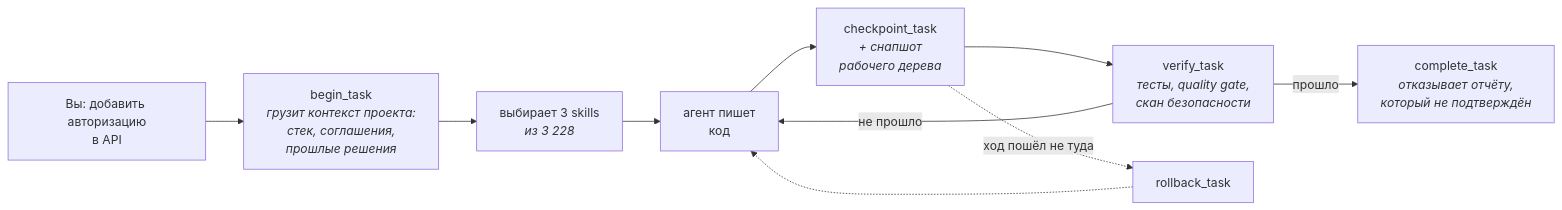
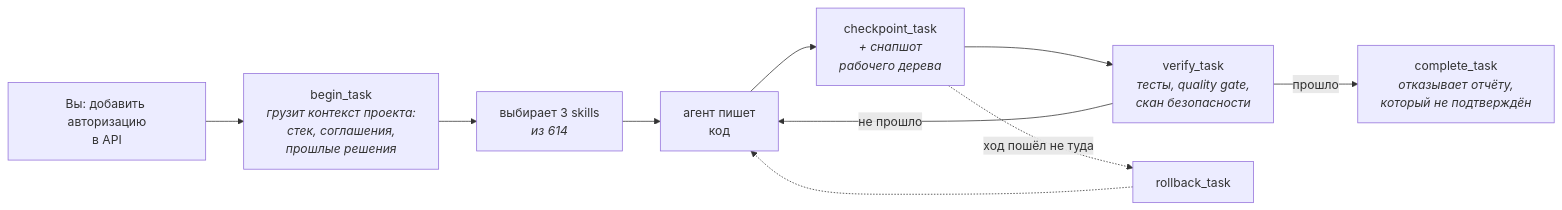
The first of 2 diagrams in README.ru.md (BreezeAreaSay/ai-dev-system), drawn with Mermaid before and after one commit. The commit also changed other lines of this file and 2622 other files, not shown here.

````diff
--- a/README.ru.md
+++ b/README.ru.md
@@ -36,12 +36,12 @@
 ```mermaid
 flowchart LR
     A["Вы: добавить авторизацию<br/>в API"] --> B["begin_task<br/><i>грузит контекст проекта:<br/>стек, соглашения,<br/>прошлые решения</i>"]
-    B --> C["выбирает 3 skills<br/><i>из 3 228</i>"]
+    B --> C["выбирает 3 skills<br/><i>из 614</i>"]
     C --> D["агент пишет<br/>код"]
     D --> E["checkpoint_task<br/><i>+ снапшот<br/>рабочего дерева</i>"]
     E --> F["verify_task<br/><i>тесты, quality gate,<br/>скан безопасности</i>"]
     F -->|не прошло| D
     F -->|прошло| G["complete_task<br/><i>отказывает отчёту,<br/>который не подтверждён</i>"]
     E -.->|ход пошёл не туда| H["rollback_task"]
     H -.-> D
 ```
````
